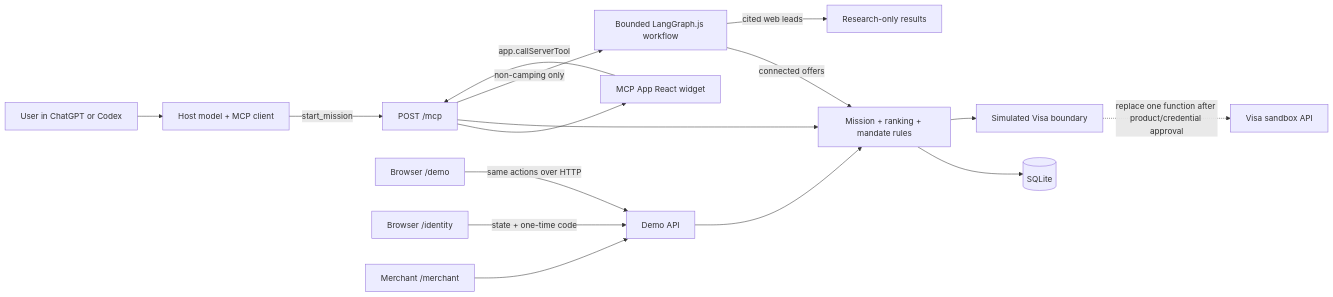
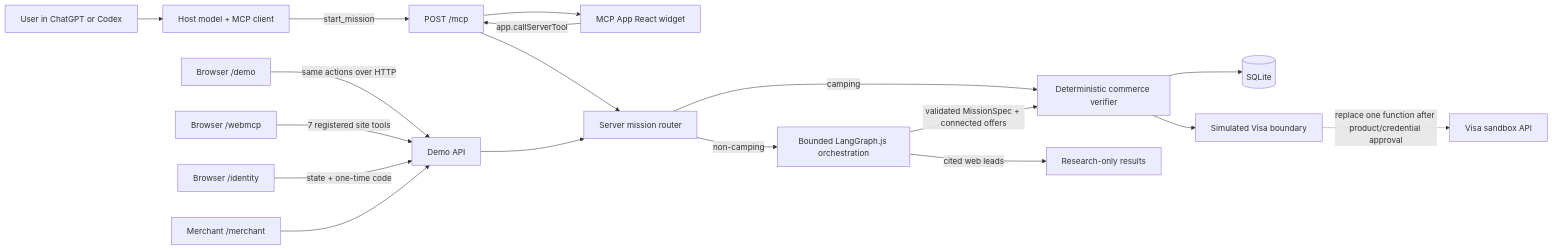
One commit to Ducksss/LifeHack-2026 changed the first of 3 diagrams in docs/architecture.md. Above: the diagram before and after it, drawn with Mermaid. The commit also changed other lines of this file and 25 other files, not shown here.

First line of the commit message:
fullstack(feat): add browser-native WebMCP workspace

````diff
--- a/docs/architecture.md
+++ b/docs/architecture.md
@@ -7,21 +12,23 @@
 ```mermaid
 flowchart LR
   User[User in ChatGPT or Codex] --> Host[Host model + MCP client]
   Host -->|start_mission| MCP[POST /mcp]
   MCP --> Widget[MCP App React widget]
   Widget -->|app.callServerTool| MCP
 
   Demo[Browser /demo] -->|same actions over HTTP| API[Demo API]
+  WebMCP[Browser /webmcp] -->|7 registered site tools| API
   Identity[Browser /identity] -->|state + one-time code| API
   Merchant[Merchant /merchant] --> API
 
-  MCP --> Domain[Mission + ranking + mandate rules]
-  API --> Domain
-  MCP -->|non-camping only| Graph[Bounded LangGraph.js workflow]
-  Graph -->|connected offers| Domain
+  MCP --> Router[Server mission router]
+  API --> Router
+  Router -->|camping| Domain[Deterministic commerce verifier]
+  Router -->|non-camping| Graph[Bounded LangGraph.js orchestration]
+  Graph -->|validated MissionSpec + connected offers| Domain
   Graph -->|cited web leads| Research[Research-only results]
   Domain --> DB[(SQLite)]
   Domain --> Rail[Simulated Visa boundary]
 
   Rail -. replace one function after product/credential approval .-> Visa[Visa sandbox API]
 ```
````
